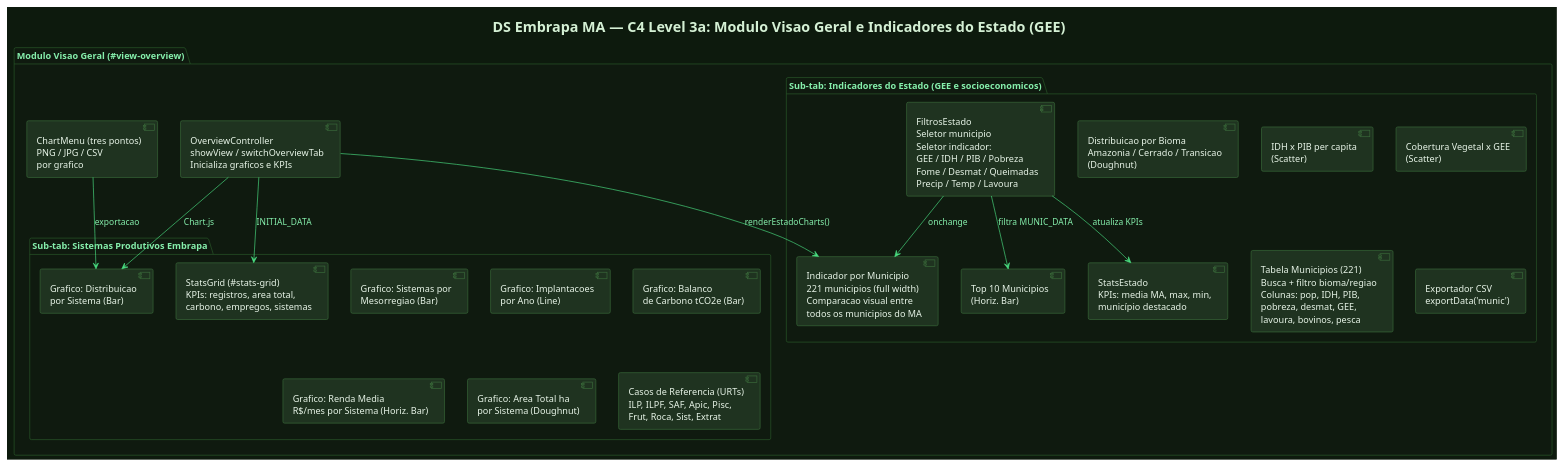
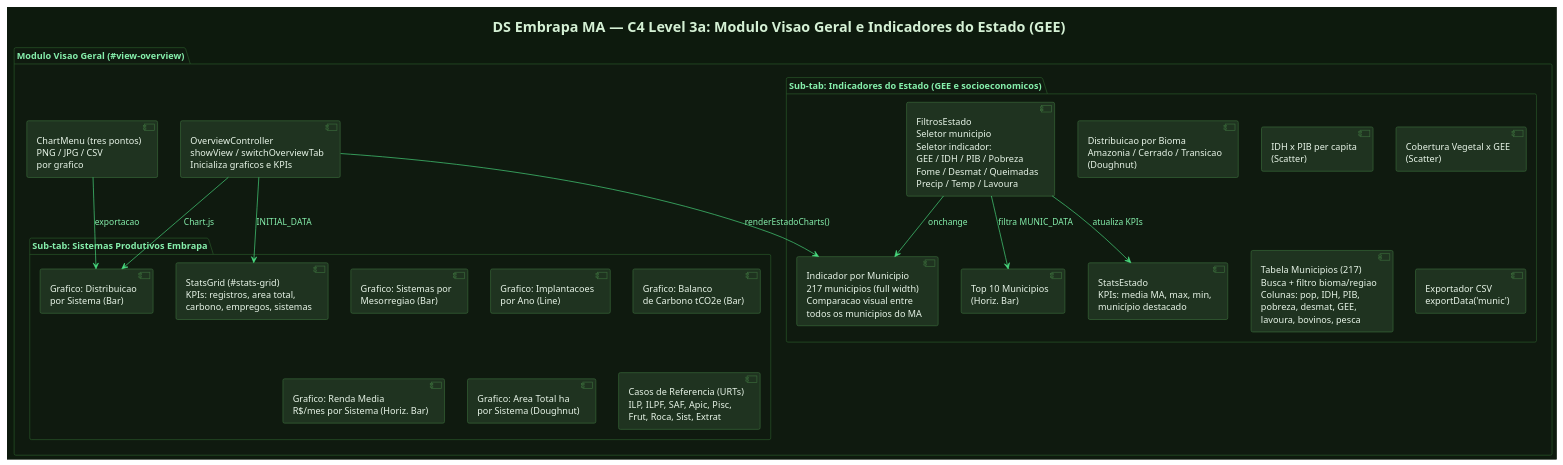
Before and after one commit to aluisiopereirae/ds-embrapa-ma: the third of 11 diagrams in docs/architecture.puml, drawn with PlantUML. The commit also changed other lines of this file and 1 other file, not shown here.

```diff
--- a/docs/architecture.puml
+++ b/docs/architecture.puml
@@ -121,60 +121,60 @@
 @startuml C4_L3a_Visao_Geral
 !theme plain
 skinparam defaultFontName Arial
 skinparam backgroundColor #0d1a0d
 skinparam defaultFontColor #d4f0d4
 skinparam arrowColor #4ade80
 skinparam arrowFontColor #86efac
 skinparam componentBackgroundColor #1f3320
 skinparam componentBorderColor #3a6a3a
 skinparam componentFontColor #e8f5e8
 skinparam packageBackgroundColor #0f1a0f
 skinparam packageBorderColor #2a5a2a
 skinparam packageFontColor #86efac
 skinparam rectangleBackgroundColor #142014
 skinparam rectangleBorderColor #2a4a2a
 skinparam rectangleFontColor #d4f0d4
 skinparam noteBorderColor #2a5a2a
 skinparam noteBackgroundColor #0f1a0f
 skinparam noteFontColor #86efac
 
 title "DS Embrapa MA — C4 Level 3a: Modulo Visao Geral e Indicadores do Estado (GEE)"
 
 package "Modulo Visao Geral (#view-overview)" {
 
   component "OverviewController\nshowView / switchOverviewTab\nInicializa graficos e KPIs" as OV_CTRL
 
   package "Sub-tab: Sistemas Produtivos Embrapa" {
     component "StatsGrid (#stats-grid)\nKPIs: registros, area total,\ncarbono, empregos, sistemas" as STATS
     component "Grafico: Distribuicao\npor Sistema (Bar)" as CH_SIS
     component "Grafico: Sistemas por\nMesorregiao (Bar)" as CH_REG
     component "Grafico: Implantacoes\npor Ano (Line)" as CH_ANO
     component "Grafico: Balanco\nde Carbono tCO2e (Bar)" as CH_CARB
     component "Grafico: Renda Media\nR$/mes por Sistema (Horiz. Bar)" as CH_RENDA
     component "Grafico: Area Total ha\npor Sistema (Doughnut)" as CH_AREA
     component "Casos de Referencia (URTs)\nILP, ILPF, SAF, Apic, Pisc,\nFrut, Roca, Sist, Extrat" as REF
   }
 
   package "Sub-tab: Indicadores do Estado (GEE e socioeconomicos)" {
     component "FiltrosEstado\nSeletor municipio\nSeletor indicador:\nGEE / IDH / PIB / Pobreza\nFome / Desmat / Queimadas\nPrecip / Temp / Lavoura" as FILT
     component "StatsEstado\nKPIs: media MA, max, min,\nmunicípio destacado" as STATS_E
-    component "Indicador por Municipio\n221 municipios (full width)\nComparacao visual entre\ntodos os municipios do MA" as CH_MUN
+    component "Indicador por Municipio\n217 municipios (full width)\nComparacao visual entre\ntodos os municipios do MA" as CH_MUN
     component "Top 10 Municipios\n(Horiz. Bar)" as CH_TOP
     component "Distribuicao por Bioma\nAmazonia / Cerrado / Transicao\n(Doughnut)" as CH_BIO
     component "IDH x PIB per capita\n(Scatter)" as CH_SCAT
     component "Cobertura Vegetal x GEE\n(Scatter)" as CH_VEG
-    component "Tabela Municipios (221)\nBusca + filtro bioma/regiao\nColunas: pop, IDH, PIB,\npobreza, desmat, GEE,\nlavoura, bovinos, pesca" as TAB_MUN
+    component "Tabela Municipios (217)\nBusca + filtro bioma/regiao\nColunas: pop, IDH, PIB,\npobreza, desmat, GEE,\nlavoura, bovinos, pesca" as TAB_MUN
     component "Exportador CSV\nexportData('munic')" as EXP_MUN
   }
 
   component "ChartMenu (tres pontos)\nPNG / JPG / CSV\npor grafico" as CMENU
 }
 
 OV_CTRL --> STATS    : "INITIAL_DATA"
 OV_CTRL --> CH_SIS   : "Chart.js"
 OV_CTRL --> CH_MUN   : "renderEstadoCharts()"
 FILT    --> CH_MUN   : "onchange"
 FILT    --> CH_TOP   : "filtra MUNIC_DATA"
 FILT    --> STATS_E  : "atualiza KPIs"
 CMENU   --> CH_SIS   : "exportacao"
 @enduml
```
